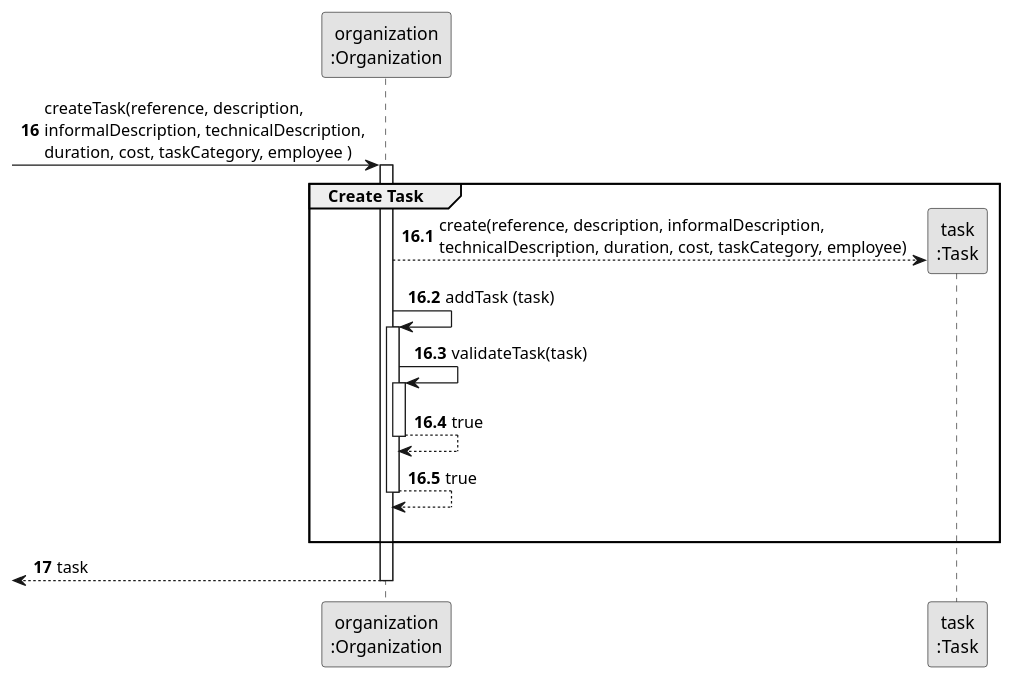
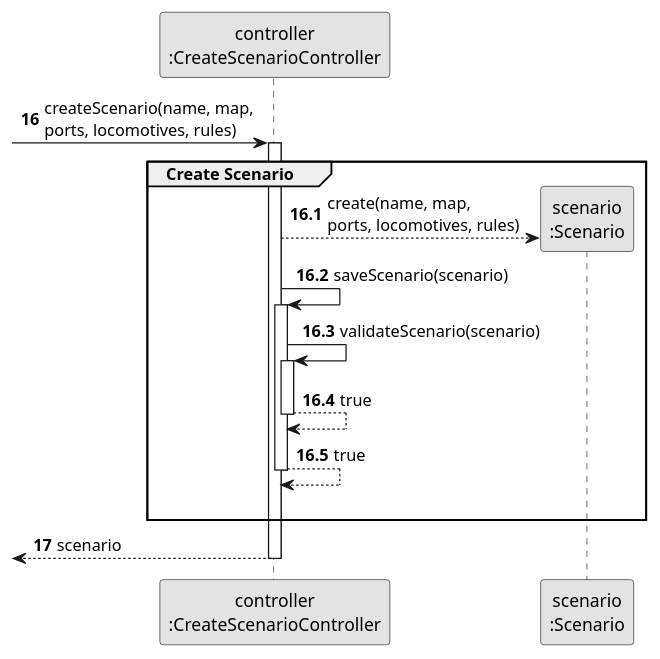
The diagram in docs/system-documentation/US004/03.design/puml/US004-SD-partial-create-task.puml (bruno-monteiro5/sem2-pi-24.25-g132-repo), drawn with PlantUML before and after one commit. The commit also changed 3 other files, not shown here.

```diff
--- a/docs/system-documentation/US004/03.design/puml/US004-SD-partial-create-task.puml
+++ b/docs/system-documentation/US004/03.design/puml/US004-SD-partial-create-task.puml
@@ -1,35 +1,34 @@
 @startuml
 skinparam monochrome true
 skinparam packageStyle rectangle
 skinparam shadowing false
 
-participant "organization\n:Organization" as ORG
-participant "task\n:Task" as TASK
+participant "controller\n:CreateScenarioController" as CTRL
+participant "scenario\n:Scenario" as SCEN
 
 autonumber 16
--> ORG: createTask(reference, description,\ninformalDescription, technicalDescription,\nduration, cost, taskCategory, employee )
+-> CTRL : createScenario(name, map,\nports, locomotives, rules)
 
 autonumber 16.1
-activate ORG
-    group Create Task
+activate CTRL
+    group Create Scenario
 
-        ORG --> TASK**: create(reference, description, informalDescription, \ntechnicalDescription, duration, cost, taskCategory, employee)
-        ORG -> ORG: addTask (task)
+        CTRL --> SCEN** : create(name, map,\nports, locomotives, rules)
+        CTRL -> CTRL : saveScenario(scenario)
 
-        activate ORG
-            ORG -> ORG: validateTask(task)
-            activate ORG
-                ORG --> ORG : true
-            deactivate ORG
+        activate CTRL
+            CTRL -> CTRL : validateScenario(scenario)
+            activate CTRL
+                CTRL --> CTRL : true
+            deactivate CTRL
 
-            ORG --> ORG : true
+            CTRL --> CTRL : true
             |||
-        deactivate ORG
+        deactivate CTRL
     end
 
     autonumber 17
-    <-- ORG : task
-deactivate ORG
-
+    <-- CTRL : scenario
+deactivate CTRL
 
 @enduml
```
